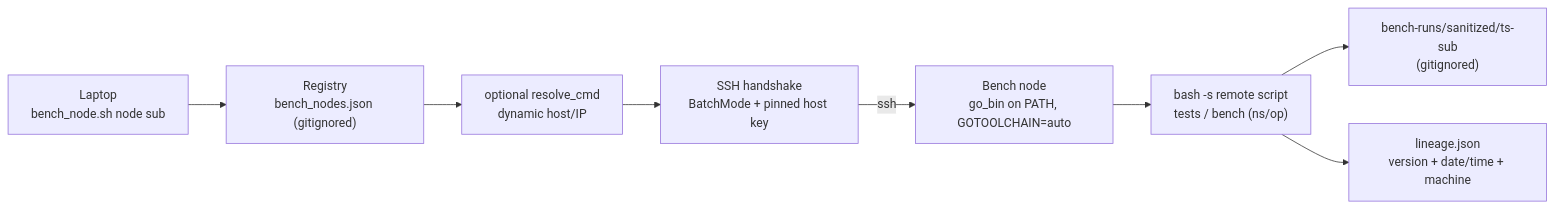
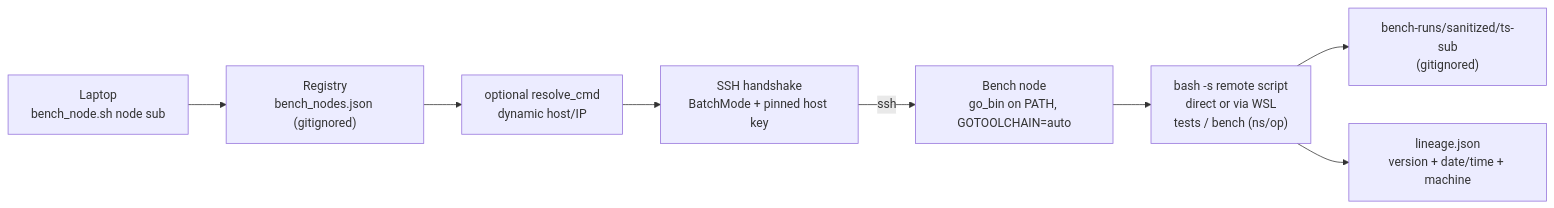
The diagram in tools/bench_node.README.md (anthony-chaudhary/fak), drawn with Mermaid before and after one commit. The commit also changed other lines of this file and 3 other files, not shown here.

First line of the commit message:
fix(bench-node): drive laptop bench through Windows WSL SSH (#10) (fak tools)

````diff
--- a/tools/bench_node.README.md
+++ b/tools/bench_node.README.md
@@ -8,10 +8,10 @@
 ```mermaid
 flowchart LR
   Laptop["Laptop<br/>bench_node.sh node sub"] --> Reg["Registry<br/>bench_nodes.json (gitignored)"]
   Reg --> Resolve["optional resolve_cmd<br/>dynamic host/IP"]
   Resolve --> SSH["SSH handshake<br/>BatchMode + pinned host key"]
   SSH -->|"ssh"| Node["Bench node<br/>go_bin on PATH, GOTOOLCHAIN=auto"]
-  Node --> Run["bash -s remote script<br/>tests / bench (ns/op)"]
+  Node --> Run["bash -s remote script<br/>direct or via WSL<br/>tests / bench (ns/op)"]
   Run --> Results["bench-runs/sanitized/ts-sub<br/>(gitignored)"]
   Run --> Lineage["lineage.json<br/>version + date/time + machine"]
 ```
````
